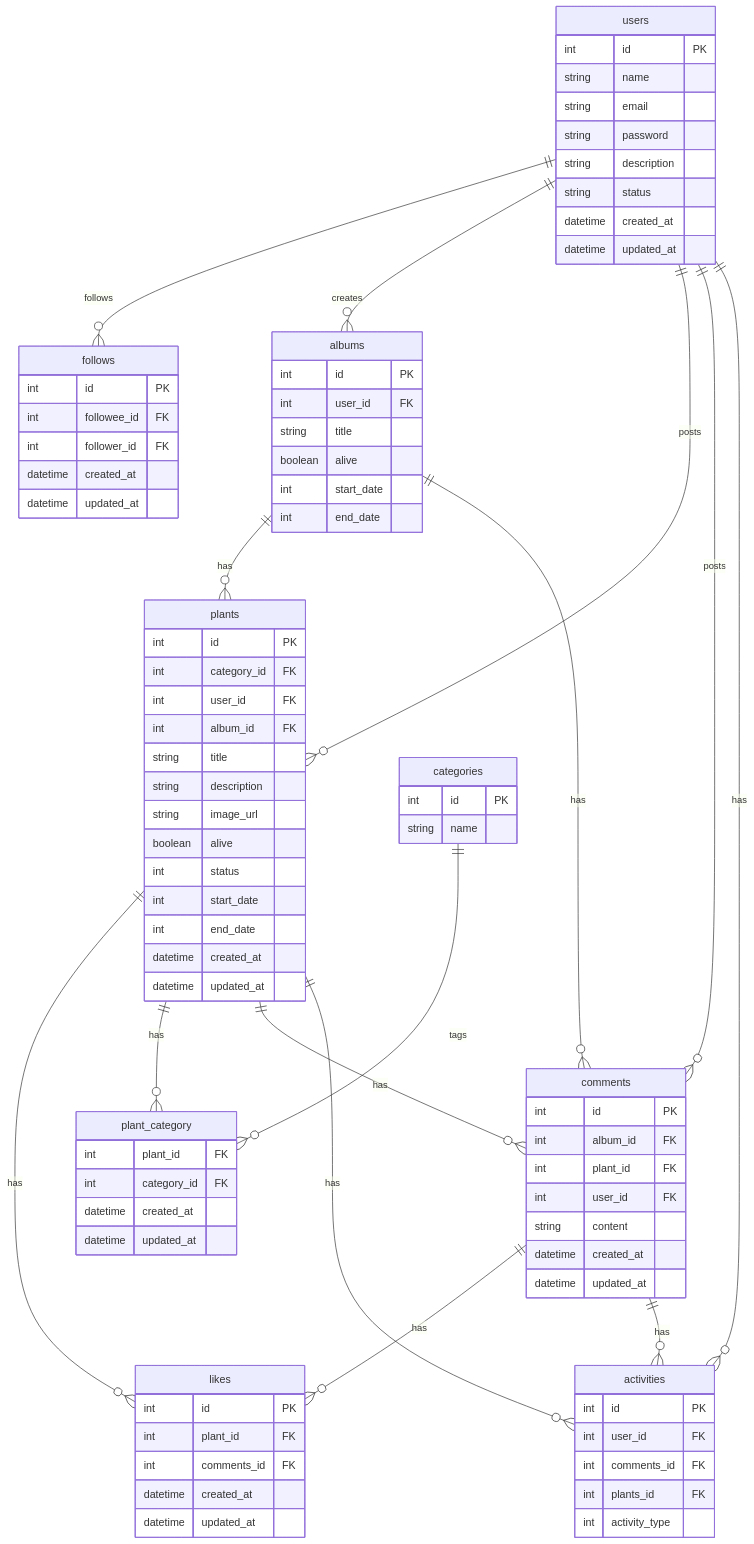
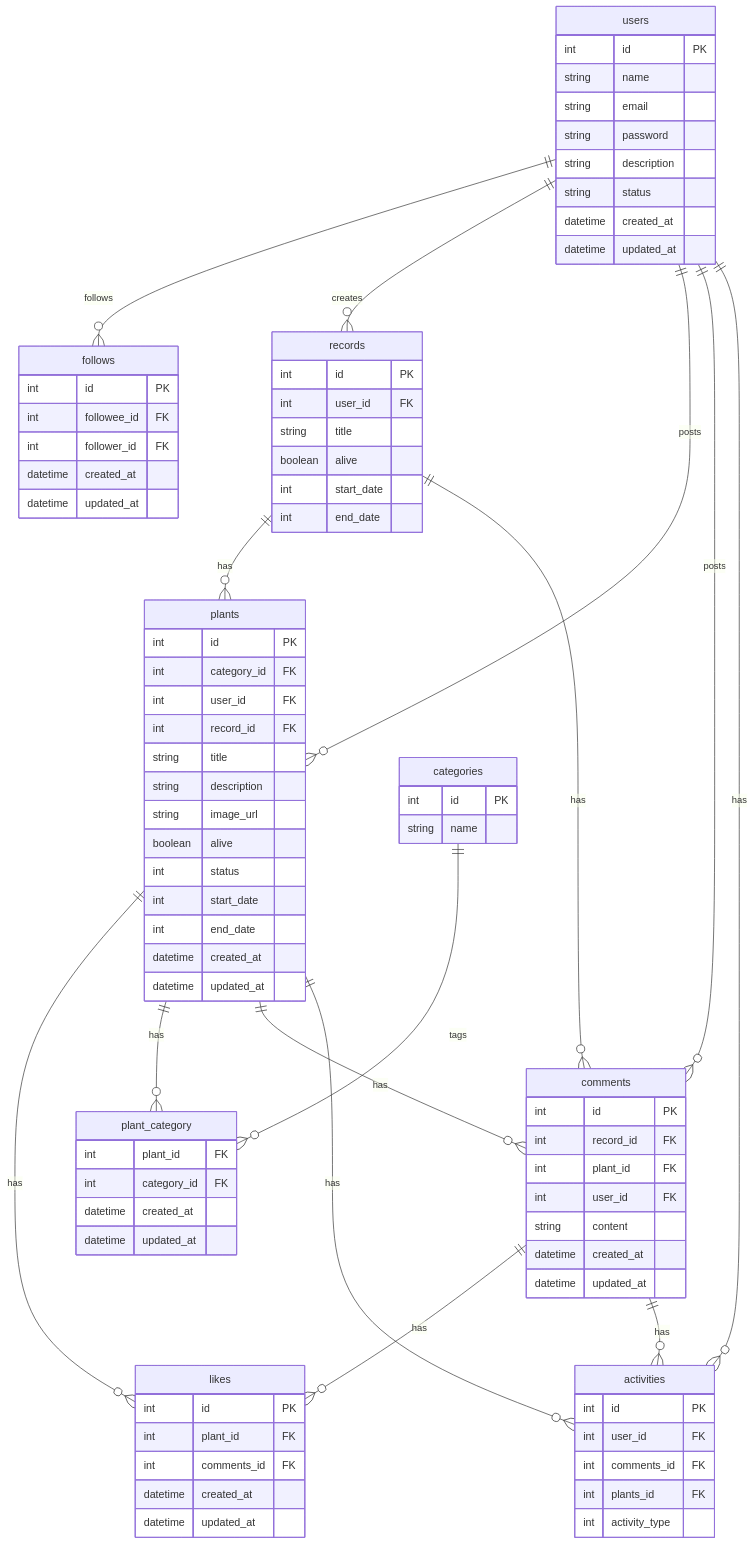
Before and after one commit to calmandhelp/botapeer-core: the diagram in README.md, drawn with Mermaid. The commit also changed 1 other file, not shown here.

Commit message:
名称変更album→record

````diff
--- a/README.md
+++ b/README.md
@@ -2,15 +2,15 @@
 ```mermaid
 erDiagram
     users ||--o{ follows : follows
-    users ||--o{ albums : creates
+    users ||--o{ records : creates
     plants ||--o{ likes : has
     comments ||--o{ likes : has
     users ||--o{ plants : posts
     users ||--o{ comments : posts
     users ||--o{ activities : has
     categories ||--o{ plant_category : tags
-    albums ||--o{ plants : has
-    albums ||--o{ comments : has
+    records ||--o{ plants : has
+    records ||--o{ comments : has
     plants ||--o{ plant_category : has
     plants ||--o{ comments : has
     plants ||--o{ activities : has
@@ -32,7 +32,7 @@
         datetime created_at
         datetime updated_at
     }
-    albums {
+    records {
         int id PK
         int user_id FK
         string title
@@ -44,7 +44,7 @@
         int id PK
         int category_id FK
         int user_id FK
-        int album_id FK
+        int record_id FK
         string title
         string description
         string image_url
@@ -64,7 +64,7 @@
     }
     comments {
         int id PK
-        int album_id FK
+        int record_id FK
         int plant_id FK
         int user_id FK
         string content
````
